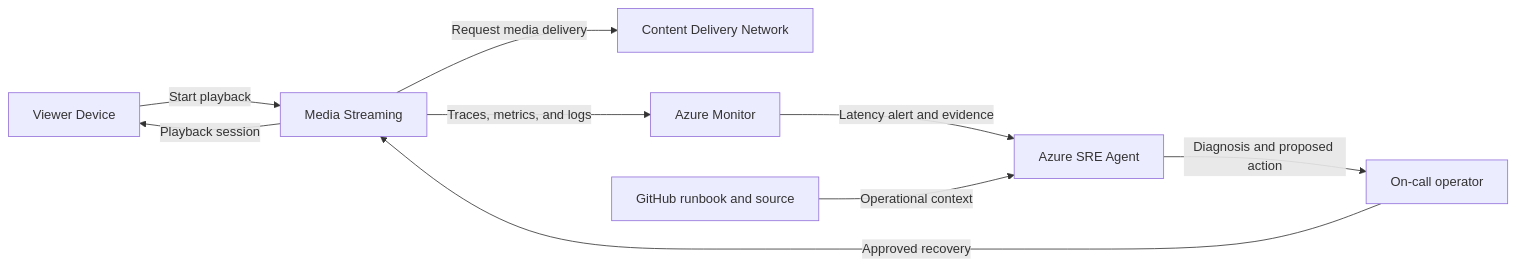
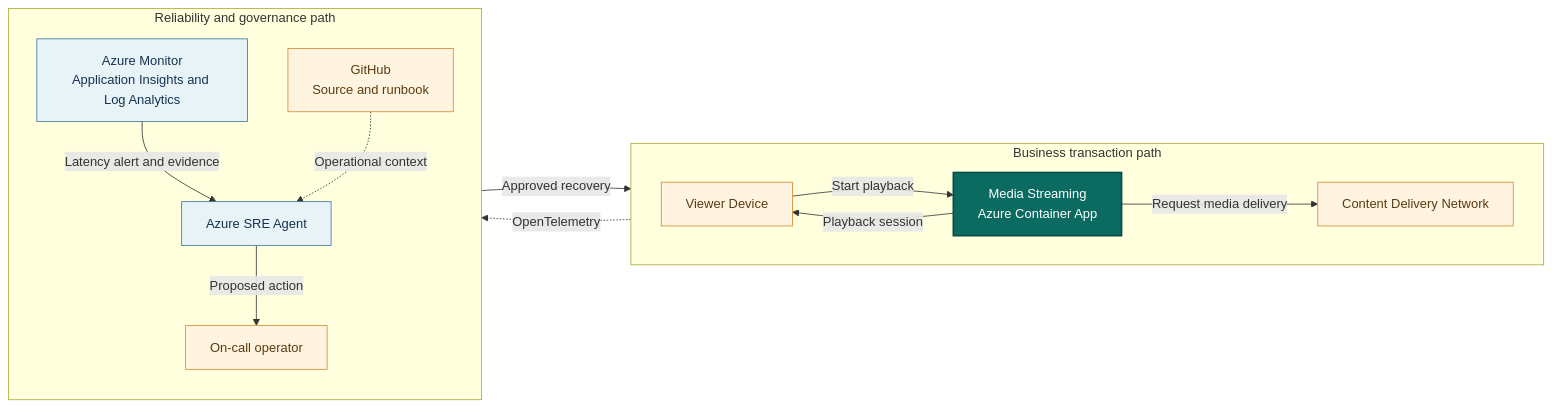
One commit to KrishnaDistributedcomputing/SREAgentEnterpriseShowcase changed the diagram in runbooks/media-streaming.md. Above: the diagram before and after it, drawn with Mermaid. The commit also changed other lines of this file and 14 other files, not shown here.

First line of the commit message:
docs(docs): refine system context diagrams

````diff
--- a/runbooks/media-streaming.md
+++ b/runbooks/media-streaming.md
@@ -32,11 +32,33 @@
 ```mermaid
 flowchart LR
-    Viewer[Viewer Device] -->|Start playback| App[Media Streaming]
-    App -->|Request media delivery| Dependency[Content Delivery Network]
-    App -->|Playback session| Viewer
-    App -->|Traces, metrics, and logs| Monitor[Azure Monitor]
-    Monitor -->|Latency alert and evidence| Agent[Azure SRE Agent]
-    Runbook[GitHub runbook and source] -->|Operational context| Agent
-    Agent -->|Diagnosis and proposed action| Operator[On-call operator]
-    Operator -->|Approved recovery| App
+    subgraph Business["Business transaction path"]
+        direction LR
+        Viewer["Viewer Device"]
+        App["Media Streaming<br/>Azure Container App"]
+        CDN["Content Delivery Network"]
+        Viewer -->|"Start playback"| App
+        App -->|"Request media delivery"| CDN
+        App -->|"Playback session"| Viewer
+    end
+
+    subgraph Operations["Reliability and governance path"]
+        direction TB
+        Monitor["Azure Monitor<br/>Application Insights and Log Analytics"]
+        Agent["Azure SRE Agent"]
+        Operator["On-call operator"]
+        Repository["GitHub<br/>Source and runbook"]
+        Monitor -->|"Latency alert and evidence"| Agent
+        Repository -.->|"Operational context"| Agent
+        Agent -->|"Proposed action"| Operator
+    end
+
+    App -.->|"OpenTelemetry"| Monitor
+    Operator -->|"Approved recovery"| App
+
+    classDef application fill:#0b6b61,color:#ffffff,stroke:#064b45,stroke-width:2px
+    classDef azure fill:#e8f3f8,color:#16324f,stroke:#39789b
+    classDef external fill:#fff4df,color:#5b3a11,stroke:#d78a32
+    class App application
+    class Monitor,Agent azure
+    class Viewer,CDN,Operator,Repository external
 ```
````
